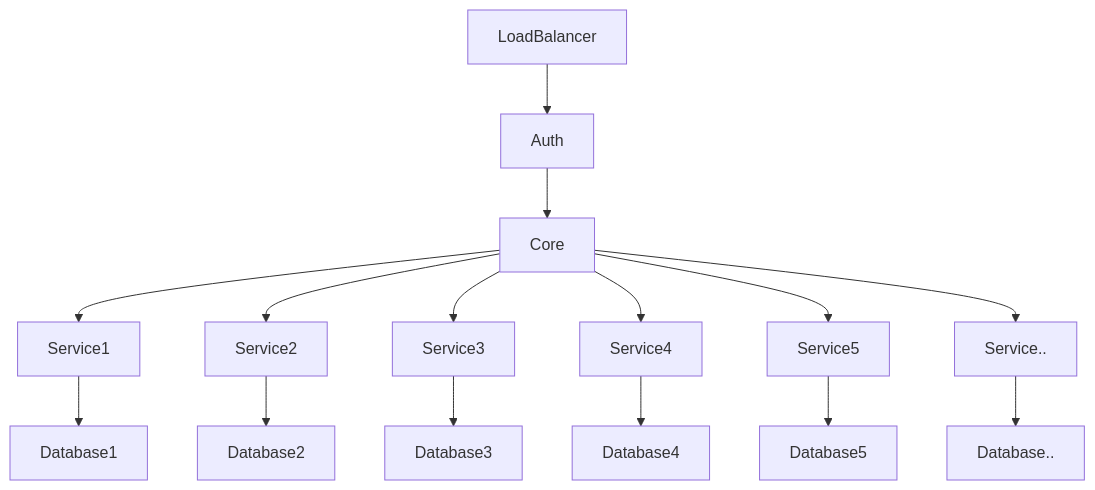
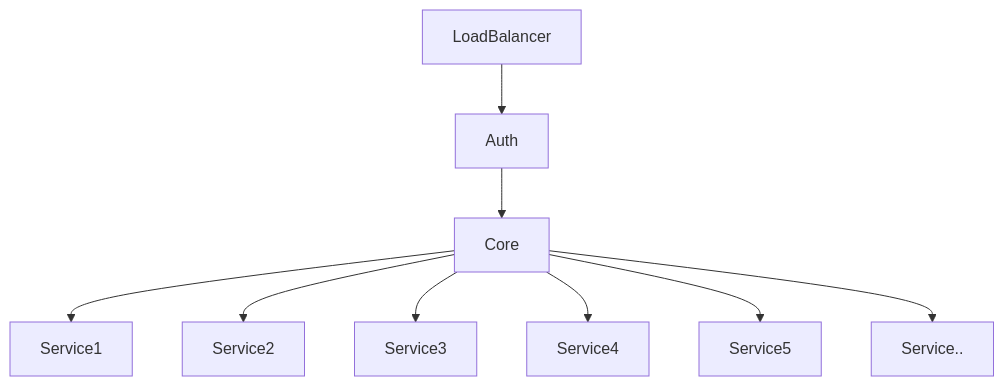
One commit to dnlwrn01/dal-vpc-tf-ans-config changed the diagram in README.md. Above: the diagram before and after it, drawn with Mermaid.

````diff
--- a/README.md
+++ b/README.md
@@ -12,11 +12,5 @@
 ``` mermaid
         graph TD
             LoadBalancer --> Auth --> Core
             Core --> Service1 & Service2 & Service3 & Service4 & Service5 & Service..
-            Service1 --> Database1
-            Service2 --> Database2
-            Service3 --> Database3
-            Service4 --> Database4
-            Service5 --> Database5
-            Service.. --> Database..
 ```
````
